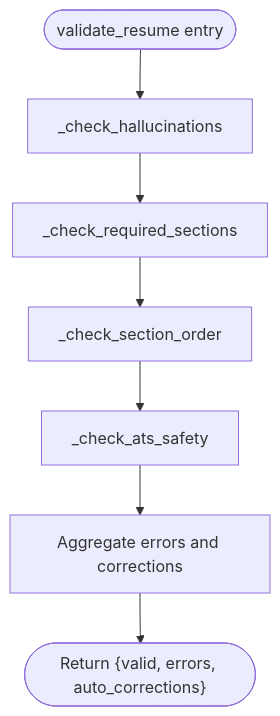
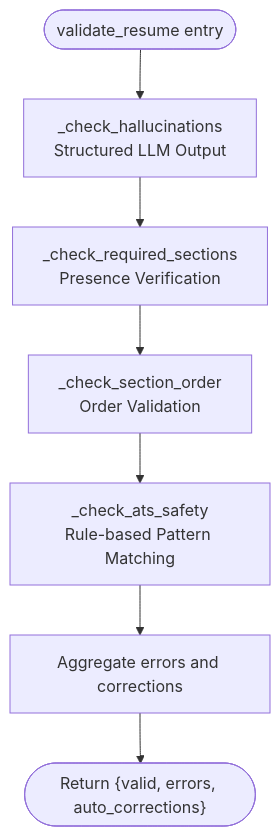
The third of 7 diagrams in .qoder/repowiki/en/content/AI Agent System/Validation Agent.md (sankaL/resume-app), drawn with Mermaid before and after one commit. The commit also changed other lines of this file and 19 other files, not shown here.

````diff
--- a/.qoder/repowiki/en/content/AI Agent System/Validation Agent.md
+++ b/.qoder/repowiki/en/content/AI Agent System/Validation Agent.md
@@ -161,9 +171,9 @@
 ```mermaid
 flowchart TD
-Start(["validate_resume entry"]) --> Hallu["_check_hallucinations"]
-Hallu --> Missing["_check_required_sections"]
-Missing --> Order["_check_section_order"]
-Order --> ATSSafety["_check_ats_safety"]
+Start(["validate_resume entry"]) --> Hallu["_check_hallucinations<br/>Structured LLM Output"]
+Hallu --> Missing["_check_required_sections<br/>Presence Verification"]
+Missing --> Order["_check_section_order<br/>Order Validation"]
+Order --> ATSSafety["_check_ats_safety<br/>Rule-based Pattern Matching"]
 ATSSafety --> Aggregate["Aggregate errors and corrections"]
 Aggregate --> Result(["Return {valid, errors, auto_corrections}"])
 ```
````
